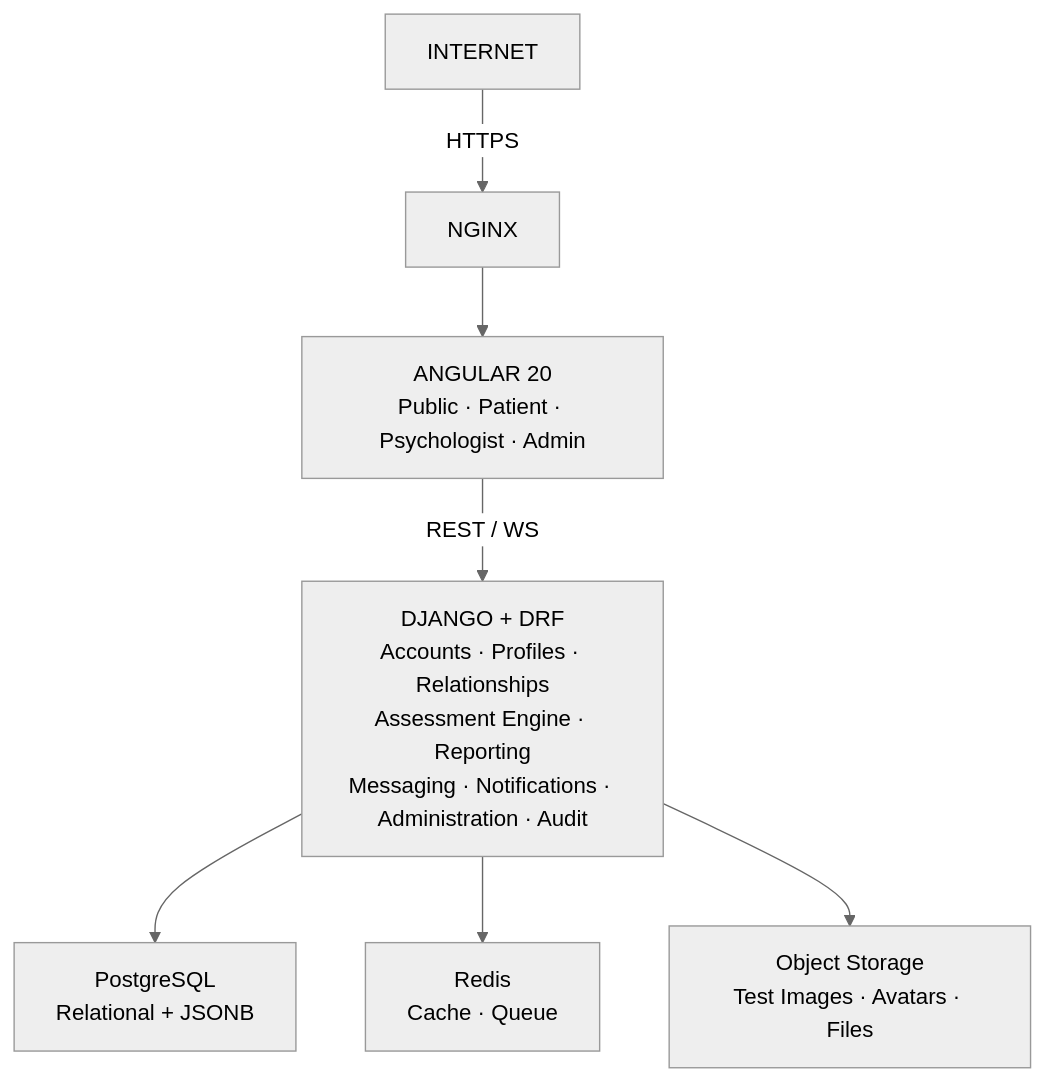
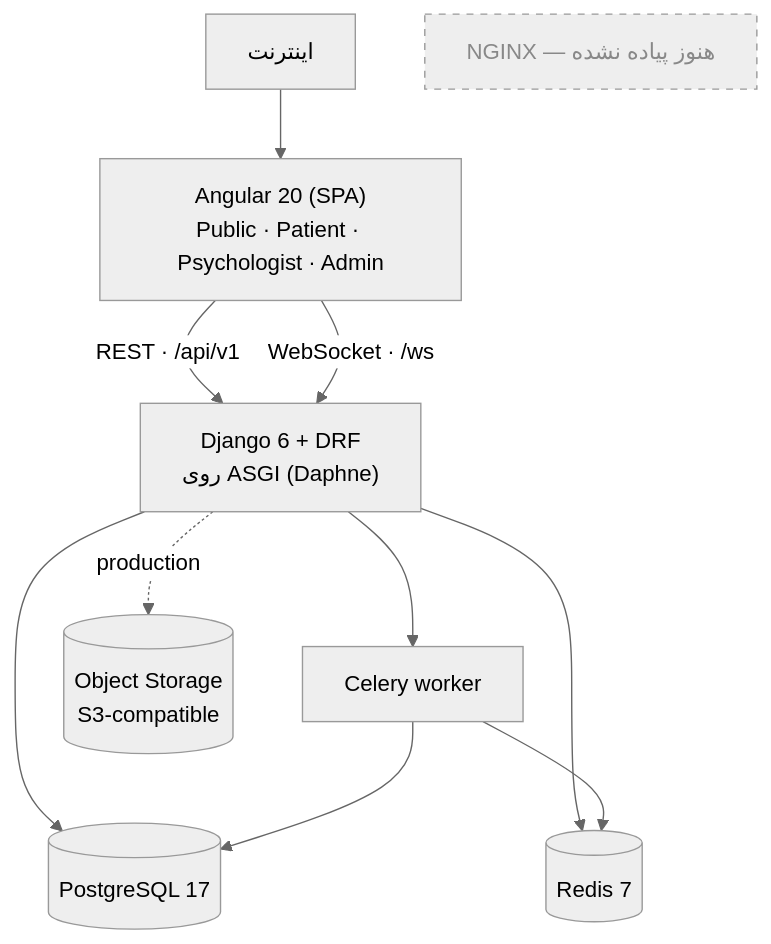
One commit to elmkhah/rorschach changed the first of 8 diagrams in documentation/02-architecture.md. Above: the diagram before and after it, drawn with Mermaid (neutral theme). The commit also changed other lines of this file and 23 other files, not shown here.

````diff
--- a/documentation/02-architecture.md
+++ b/documentation/02-architecture.md
@@ -28,9 +32,15 @@
 ```mermaid
 flowchart TD
-    I[INTERNET] -->|HTTPS| N[NGINX]
-    N --> A["ANGULAR 20<br/>Public · Patient · Psychologist · Admin"]
-    A -->|REST / WS| D["DJANGO + DRF<br/>Accounts · Profiles · Relationships<br/>Assessment Engine · Reporting<br/>Messaging · Notifications · Administration · Audit"]
-    D --> PG["PostgreSQL<br/>Relational + JSONB"]
-    D --> R["Redis<br/>Cache · Queue"]
-    D --> S["Object Storage<br/>Test Images · Avatars · Files"]
+    I["اینترنت"] --> A["Angular 20 (SPA)<br/>Public · Patient · Psychologist · Admin"]
+    A -->|"REST · /api/v1"| D
+    A -->|"WebSocket · /ws"| D
+    D["Django 6 + DRF<br/>روی ASGI (Daphne)"]
+    D --> PG[("PostgreSQL 17")]
+    D --> R[("Redis 7")]
+    D --> CEL["Celery worker"]
+    CEL --> R
+    CEL --> PG
+    D -.->|production| OS[("Object Storage<br/>S3-compatible")]
+    NG["NGINX — هنوز پیاده نشده"]:::todo
+    classDef todo stroke-dasharray: 5 5,color:#888
 ```
````
